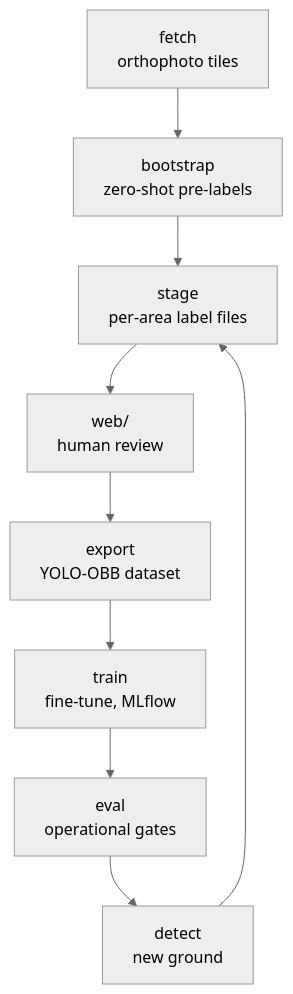
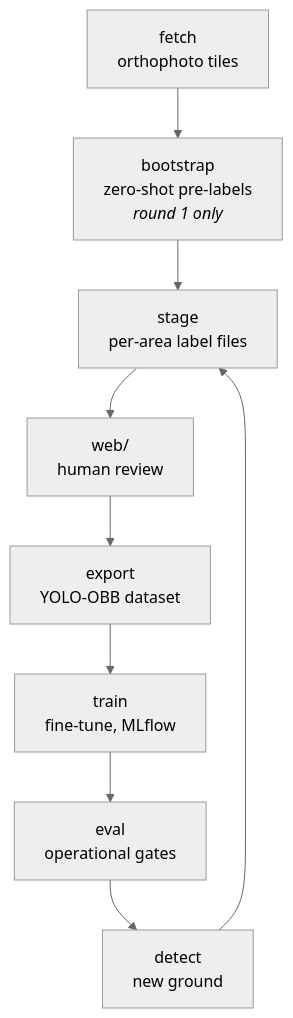
The diagram in README.md (ForumViriumHelsinki/rekka-ai), drawn with Mermaid (neutral theme) before and after one commit. The commit also changed other lines of this file and 6 other files, not shown here.

````diff
--- a/README.md
+++ b/README.md
@@ -9,11 +9,11 @@
 ```mermaid
 flowchart TD
-    fetch["fetch<br/>orthophoto tiles"] --> bootstrap["bootstrap<br/>zero-shot pre-labels"]
+    fetch["fetch<br/>orthophoto tiles"] --> bootstrap["bootstrap<br/>zero-shot pre-labels<br/><i>round 1 only</i>"]
     bootstrap --> stage["stage<br/>per-area label files"]
     stage --> review["web/<br/>human review"]
     review --> export["export<br/>YOLO-OBB dataset"]
     export --> train["train<br/>fine-tune, MLflow"]
     train --> eval["eval<br/>operational gates"]
     eval --> detect["detect<br/>new ground"]
     detect --> stage
 ```
````
